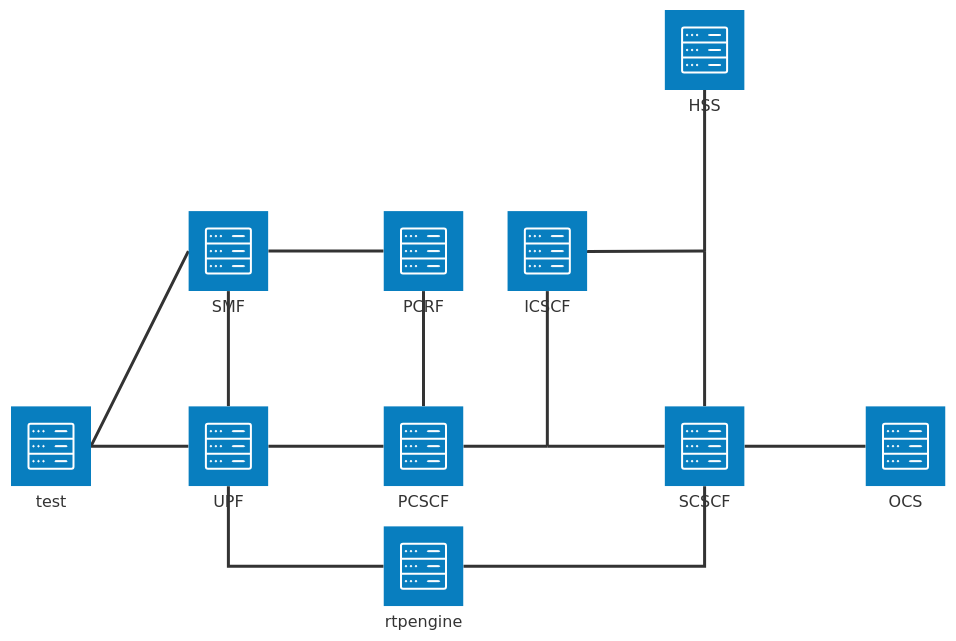
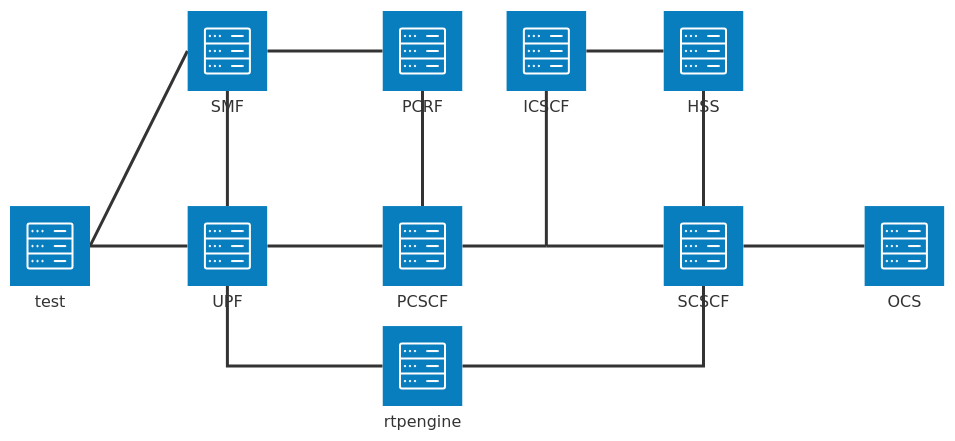
One commit to lyatanski/ims changed the diagram in README.md. Above: the diagram before and after it, drawn with Mermaid.

Commit message:
Update architecture diagram

````diff
--- a/README.md
+++ b/README.md
@@ -4,35 +4,33 @@
 ```mermaid
 ---
 title: Architecture
 ---
 architecture-beta
 
     service test(server)[test]
     service smf(server)[SMF]
     service upf(server)[UPF]
     service hss(server)[HSS]
     service pcrf(server)[PCRF]
     service pcscf(server)[PCSCF]
     service icscf(server)[ICSCF]
     service scscf(server)[SCSCF]
     service rtp(server)[rtpengine]
     service ocs(server)[OCS]
     junction Mw
-    junction Cx
 
     test:R -- L:smf
     test:R -- L:upf
     smf:B -- T:upf
     smf:R -- L:pcrf
     pcrf:B -- T:pcscf
     upf:R -- L:pcscf
     upf:B -- L:rtp
-    icscf:R -- B:Cx
-    scscf:T -- B:Cx
-    hss:B -- T:Cx
+    icscf:R -- L:hss
+    scscf:T -- B:hss
     scscf:R -- L:ocs
     pcscf:R -- L:Mw
     icscf:B -- T:Mw
     scscf:L -- R:Mw
     scscf:B -- R:rtp
 ```
````
